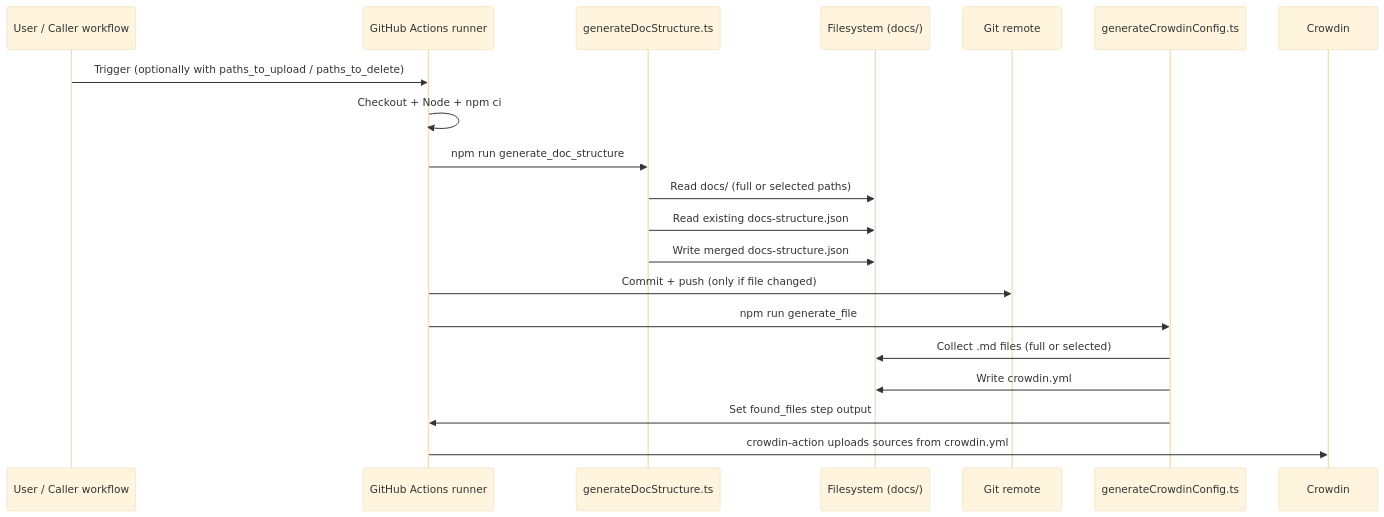
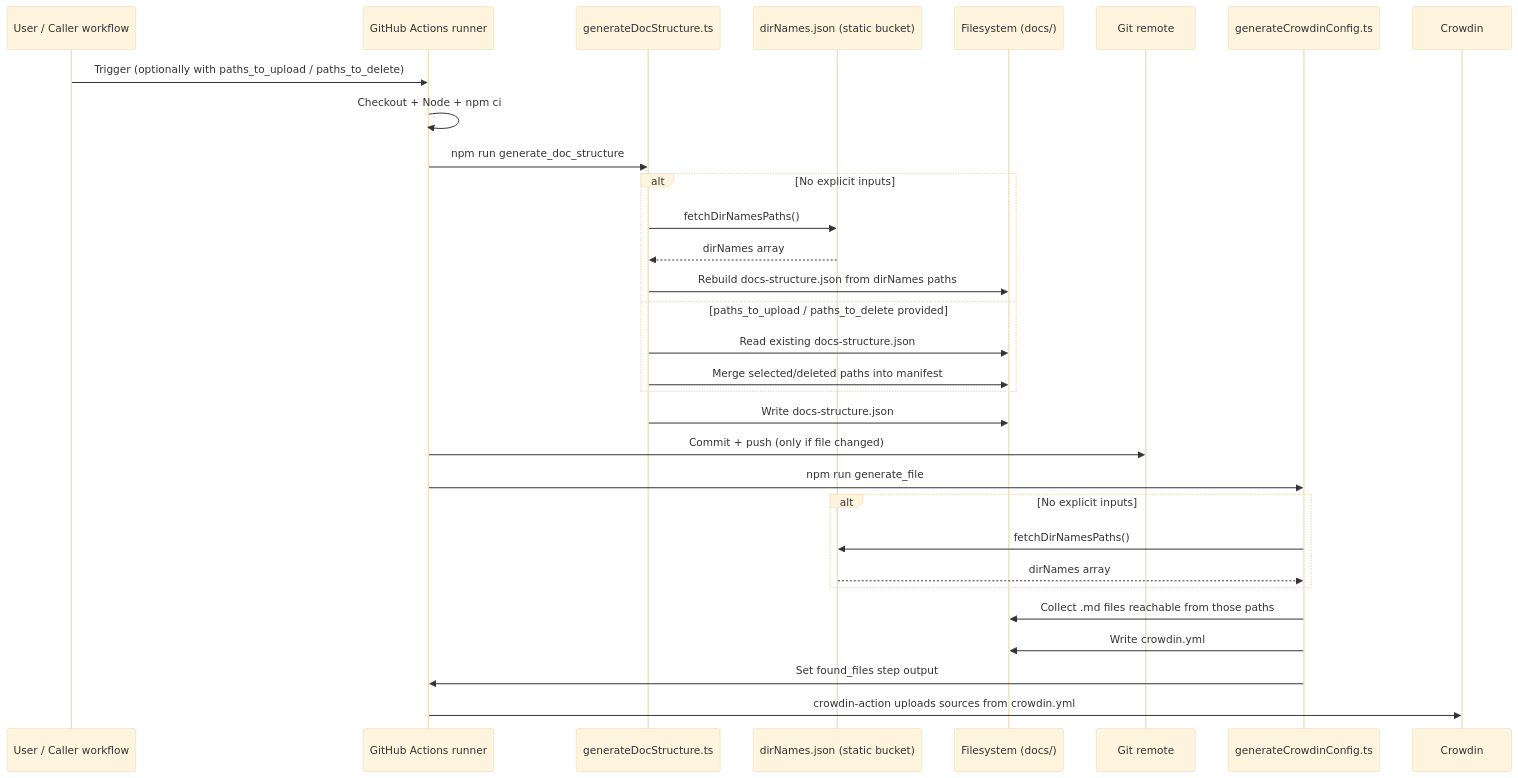
One commit to pagopa/devportal-docs changed the fifth of 5 diagrams in upload_sources_to_crowdin_workflow.md. Above: the diagram before and after it, drawn with Mermaid (base theme). The commit also changed other lines of this file, not shown here.

Commit message:
fix: improve path handling and error management in upload_sources_to_crowdin workflow

````diff
--- a/upload_sources_to_crowdin_workflow.md
+++ b/upload_sources_to_crowdin_workflow.md
@@ -236,23 +242,34 @@
 ```mermaid
 sequenceDiagram
     participant U as User / Caller workflow
     participant GA as GitHub Actions runner
     participant DS as generateDocStructure.ts
+    participant DN as dirNames.json (static bucket)
     participant FS as Filesystem (docs/)
     participant G as Git remote
     participant CC as generateCrowdinConfig.ts
     participant CR as Crowdin
 
     U->>GA: Trigger (optionally with paths_to_upload / paths_to_delete)
     GA->>GA: Checkout + Node + npm ci
     GA->>DS: npm run generate_doc_structure
-    DS->>FS: Read docs/ (full or selected paths)
-    DS->>FS: Read existing docs-structure.json
-    DS->>FS: Write merged docs-structure.json
+    alt No explicit inputs
+        DS->>DN: fetchDirNamesPaths()
+        DN-->>DS: dirNames array
+        DS->>FS: Rebuild docs-structure.json from dirNames paths
+    else paths_to_upload / paths_to_delete provided
+        DS->>FS: Read existing docs-structure.json
+        DS->>FS: Merge selected/deleted paths into manifest
+    end
+    DS->>FS: Write docs-structure.json
     GA->>G: Commit + push (only if file changed)
     GA->>CC: npm run generate_file
-    CC->>FS: Collect .md files (full or selected)
+    alt No explicit inputs
+        CC->>DN: fetchDirNamesPaths()
+        DN-->>CC: dirNames array
+    end
+    CC->>FS: Collect .md files reachable from those paths
     CC->>FS: Write crowdin.yml
     CC->>GA: Set found_files step output
     GA->>CR: crowdin-action uploads sources from crowdin.yml
 ```
````
